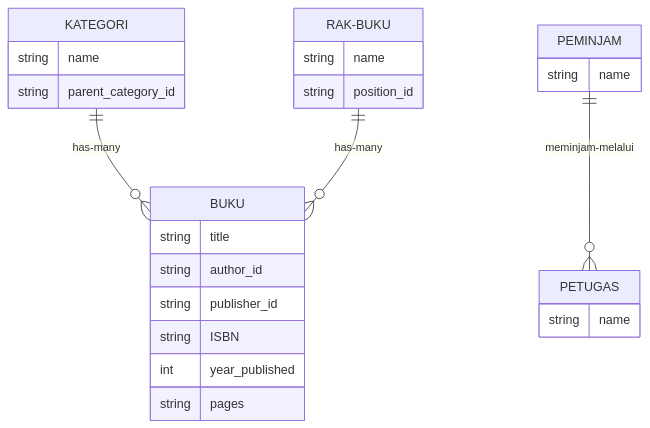
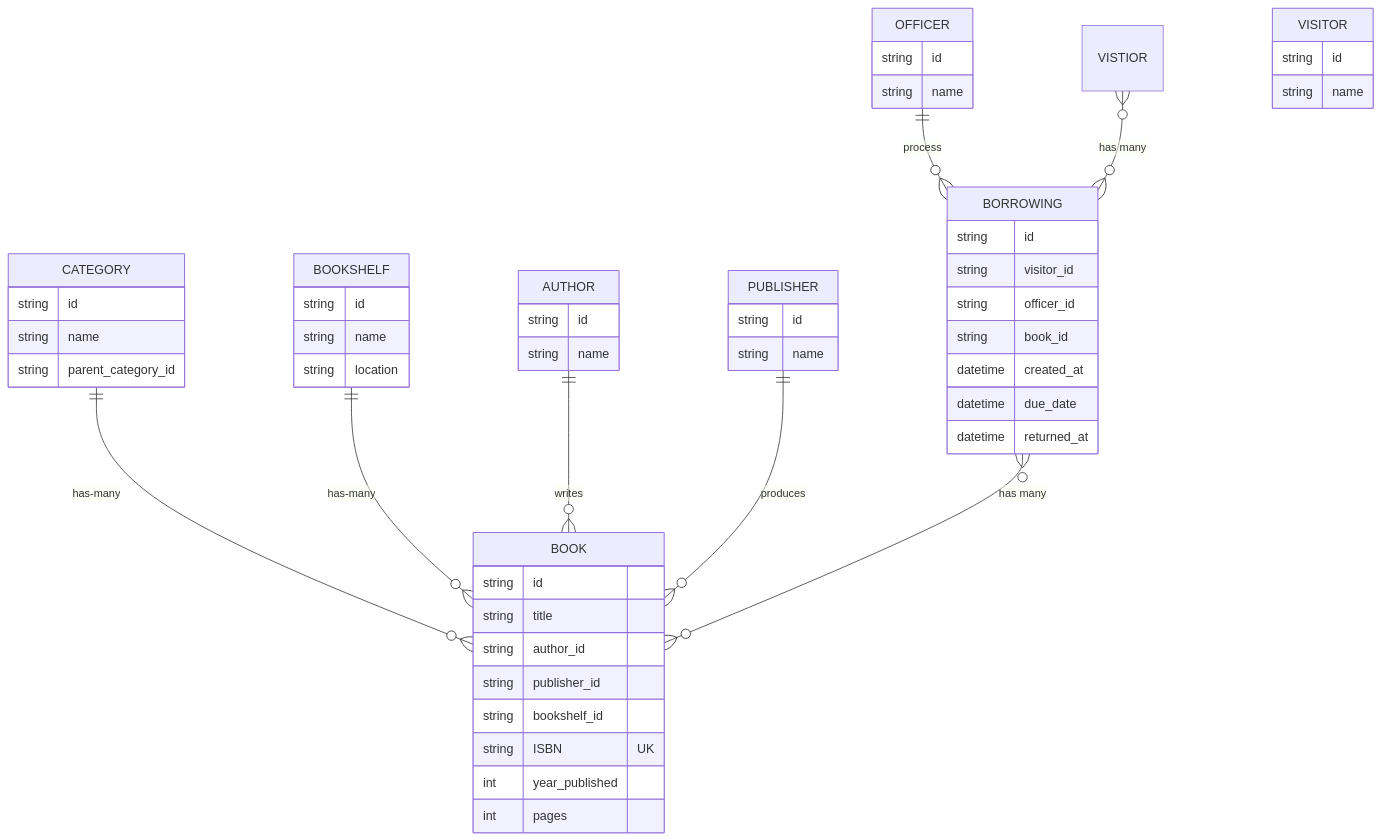
The diagram in koda-b1-db1-perpustakaan.md (icangku/koda-b1-db1), drawn with Mermaid before and after one commit.

Commit message:
fix: library erd

````diff
--- a/koda-b1-db1-perpustakaan.md
+++ b/koda-b1-db1-perpustakaan.md
@@ -1,28 +1,55 @@
 ```mermaid
 erDiagram
-KATEGORI ||--O{ BUKU: has-many
-RAK-BUKU || --O{ BUKU:has-many
-PEMINJAM || --o{ PETUGAS: meminjam-melalui
-BUKU {
+CATEGORY ||--o{BOOK: has-many
+BOOKSHELF ||--o{BOOK:has-many
+OFFICER ||--o{BORROWING: process
+AUTHOR ||--o{BOOK:writes
+PUBLISHER ||--o{BOOK:produces
+VISTIOR }o--o{BORROWING:"has many"
+BORROWING }o--o{BOOK:"has many"
+BOOK {
+  string id
   string title
   string author_id
   string publisher_id
-  string ISBN
+  string bookshelf_id
+  string ISBN UK
   int year_published
-  string pages
+  int pages
 }
-KATEGORI {
+CATEGORY {
+  string id
   string name
   string parent_category_id
 }
-RAK-BUKU{
+BOOKSHELF{
+  string id
   string name
-  string position_id
+  string location
 }
-PETUGAS{
+OFFICER{
+  string id
   string name
 }
-PEMINJAM{
+AUTHOR{
+  string id
   string name
 }
+PUBLISHER{
+  string id
+  string name
+}
+VISITOR{
+  string id
+  string name
+}
+BORROWING{
+  string id
+  string visitor_id
+  string officer_id
+  string book_id
+  datetime created_at
+  datetime due_date
+  datetime returned_at
+}
 ```
````
